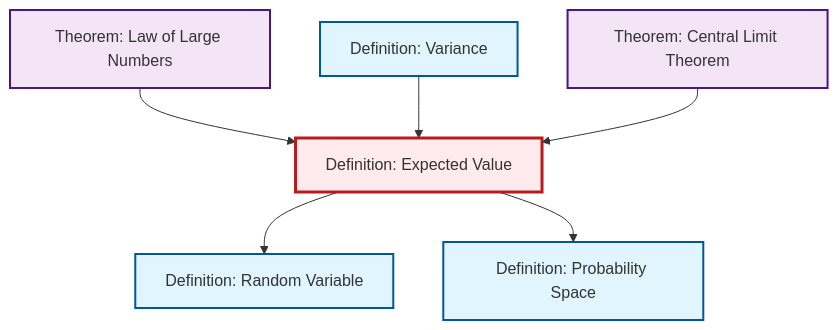
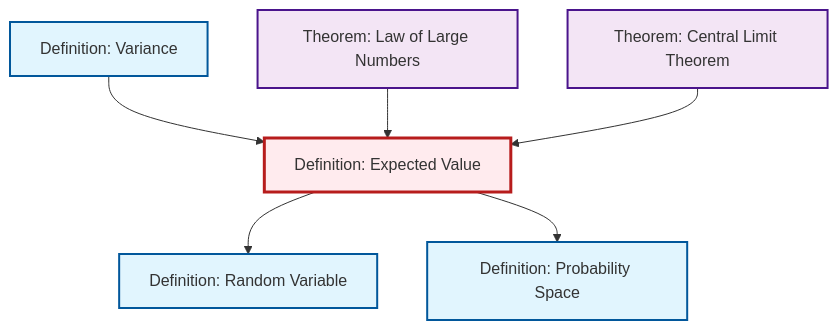
The second of 2 diagrams in content/en/probability-statistics/def-expectation.qmd (RK0429/ModernMath), drawn with Mermaid before and after one commit. The commit also changed other lines of this file and 497 other files, not shown here.

````diff
--- a/content/en/probability-statistics/def-expectation.qmd
+++ b/content/en/probability-statistics/def-expectation.qmd
@@ -86,26 +86,26 @@
 ```{mermaid}
 %%| fig-cap: "Local dependency graph"
 graph TD
     classDef definition fill:#e1f5fe,stroke:#01579b,stroke-width:2px
     classDef theorem fill:#f3e5f5,stroke:#4a148c,stroke-width:2px
     classDef axiom fill:#fff3e0,stroke:#e65100,stroke-width:2px
     classDef example fill:#e8f5e9,stroke:#1b5e20,stroke-width:2px
     classDef current fill:#ffebee,stroke:#b71c1c,stroke-width:3px
-    def-probability-space["Definition: Probability Space"]:::definition
+    def-random-variable["Definition: Random Variable"]:::definition
     def-expectation["Definition: Expected Value"]:::definition
-    def-random-variable["Definition: Random Variable"]:::definition
     thm-central-limit["Theorem: Central Limit Theorem"]:::theorem
     def-variance["Definition: Variance"]:::definition
     thm-law-of-large-numbers["Theorem: Law of Large Numbers"]:::theorem
-    thm-law-of-large-numbers --> def-expectation
+    def-probability-space["Definition: Probability Space"]:::definition
     def-variance --> def-expectation
     def-expectation --> def-random-variable
+    thm-law-of-large-numbers --> def-expectation
     thm-central-limit --> def-expectation
     def-expectation --> def-probability-space
     class def-expectation current
-    click def-probability-space "def-probability-space.html" "Go to Probability Space definition"
     click def-random-variable "def-random-variable.html" "Go to Random Variable definition"
     click thm-central-limit "thm-central-limit.html" "Go to Central Limit Theorem theorem"
     click def-variance "def-variance.html" "Go to Variance definition"
     click thm-law-of-large-numbers "thm-law-of-large-numbers.html" "Go to Law of Large Numbers theorem"
+    click def-probability-space "def-probability-space.html" "Go to Probability Space definition"
 ```
````
